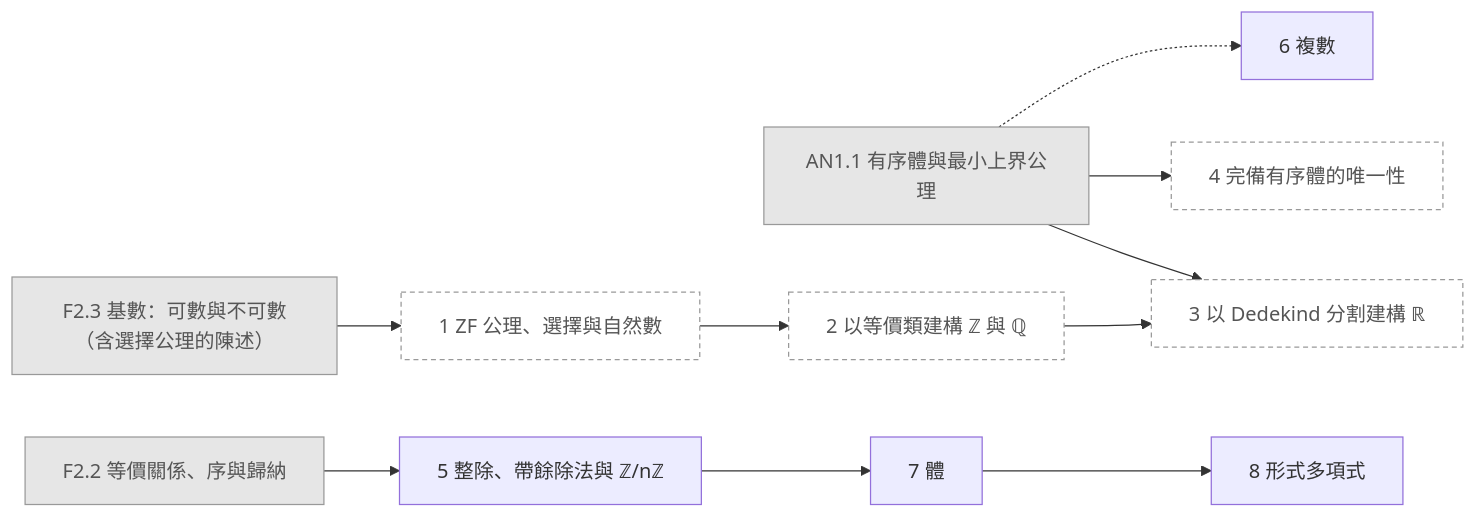
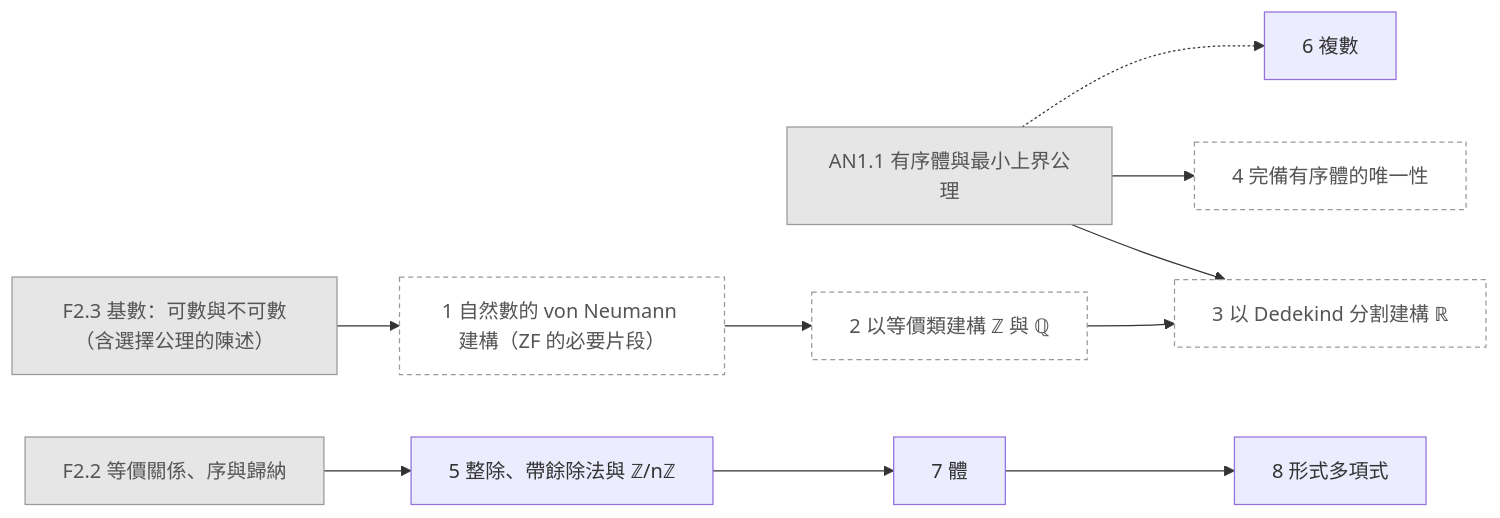
The diagram in generated/chapters/F3.mmd (AkizumiFox/math-atlas), drawn with Mermaid before and after one commit. The commit also changed 6 other files, not shown here.

```diff
--- a/generated/chapters/F3.mmd
+++ b/generated/chapters/F3.mmd
@@ -1,24 +1,24 @@
 flowchart LR
   F2_2["F2.2 等價關係、序與歸納"]:::ext
   F2_3["F2.3 基數：可數與不可數（含選擇公理的陳述）"]:::ext
   AN1_1["AN1.1 有序體與最小上界公理"]:::ext
-  F3_1["1 ZF 公理、選擇與自然數"]:::opt
+  F3_1["1 自然數的 von Neumann 建構（ZF 的必要片段）"]:::opt
   F3_2["2 以等價類建構 ℤ 與 ℚ"]:::opt
   F3_3["3 以 Dedekind 分割建構 ℝ"]:::opt
   F3_4["4 完備有序體的唯一性"]:::opt
   F3_5["5 整除、帶餘除法與 ℤ/nℤ"]
   F3_6["6 複數"]
   F3_7["7 體"]
   F3_8["8 形式多項式"]
   F2_3 --> F3_1
   F3_1 --> F3_2
   AN1_1 --> F3_3
   F3_2 --> F3_3
   AN1_1 --> F3_4
   F2_2 --> F3_5
   AN1_1 -.-> F3_6
   F3_5 --> F3_7
   F3_7 --> F3_8
   classDef ext fill:#e6e6e6,stroke:#999,color:#555
   classDef opt fill:#fff,stroke:#999,stroke-dasharray:4 3,color:#555
   classDef segb fill:#f6f6fb,stroke:#99a,color:#333
```
